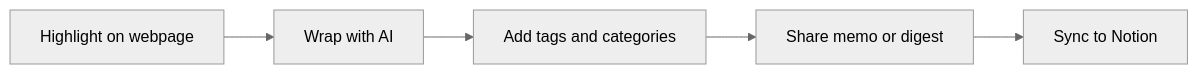
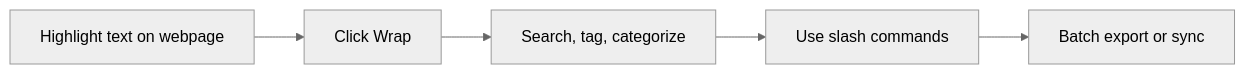
The diagram in README.md (ZoeZYZY/AI-Memo-Wrap-Intro), drawn with Mermaid (neutral theme) before and after one commit. The commit also changed other lines of this file and 3 other files, not shown here.

````diff
--- a/README.md
+++ b/README.md
@@ -25,7 +49,7 @@
 ```mermaid
 flowchart LR
-  A[Highlight on webpage] --> B[Wrap with AI]
-  B --> C[Add tags and categories]
-  C --> D[Share memo or digest]
-  D --> E[Sync to Notion]
+  A[Highlight text on webpage] --> B[Click Wrap]
+  B --> C[Search, tag, categorize]
+  C --> D[Use slash commands]
+  D --> E[Batch export or sync]
 ```
````
